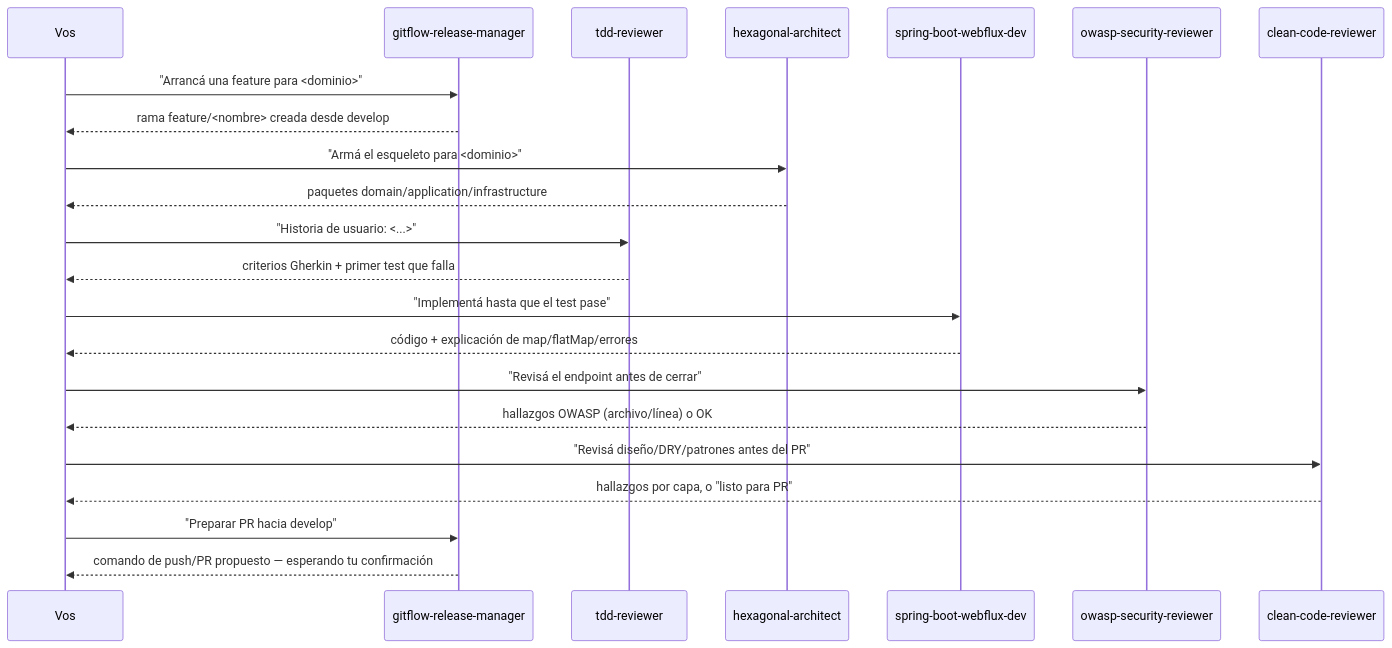
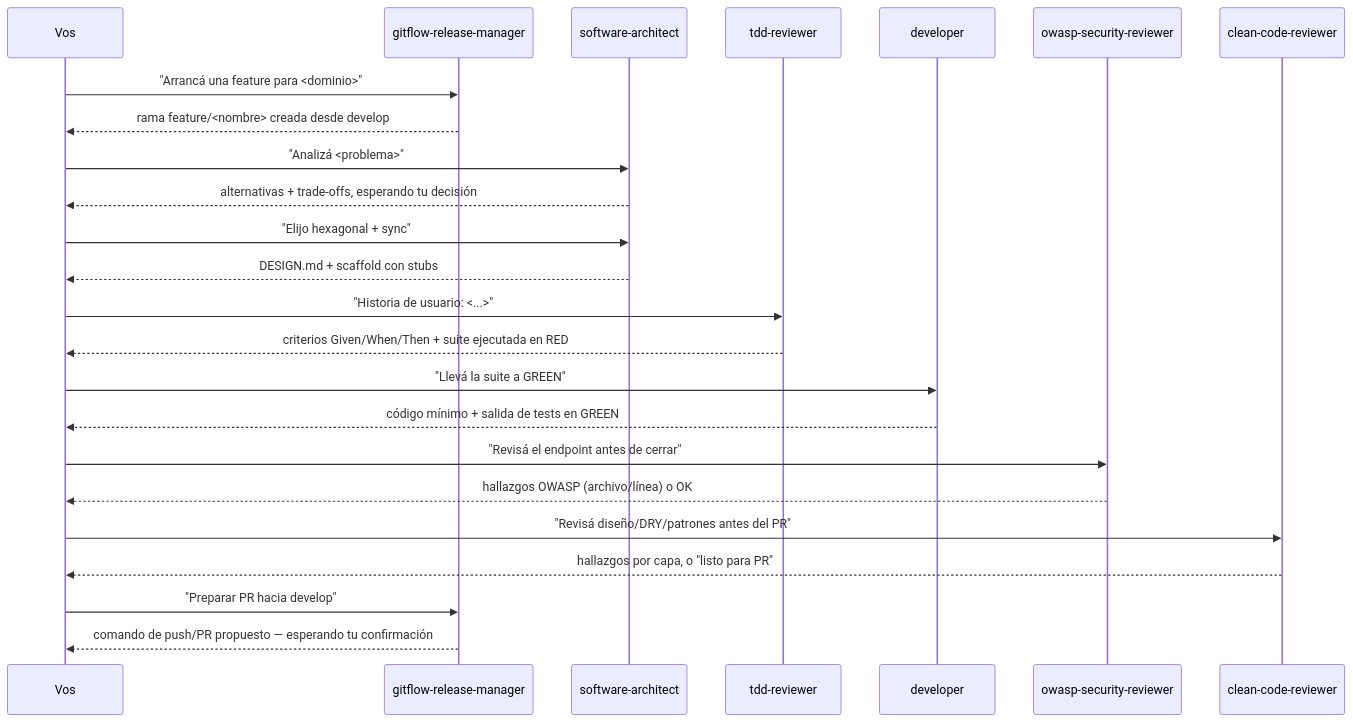
Before and after one commit to edzamo/software-engineering: the diagram in ia-agentes/README.md, drawn with Mermaid. The commit also changed other lines of this file and 114 other files, not shown here.

First line of the commit message:
feat: add Python and TypeScript stack skills, enhance detect_stack tests, and implement TDD gate validation

````diff
--- a/ia-agentes/README.md
+++ b/ia-agentes/README.md
@@ -56,24 +77,26 @@
 ```mermaid
 sequenceDiagram
     participant Vos
     participant gitflow-release-manager
+    participant software-architect
     participant tdd-reviewer
-    participant hexagonal-architect
-    participant spring-boot-webflux-dev
+    participant developer
     participant owasp-security-reviewer
 
     Vos->>gitflow-release-manager: "Arrancá una feature para <dominio>"
     gitflow-release-manager-->>Vos: rama feature/<nombre> creada desde develop
-    Vos->>hexagonal-architect: "Armá el esqueleto para <dominio>"
-    hexagonal-architect-->>Vos: paquetes domain/application/infrastructure
+    Vos->>software-architect: "Analizá <problema>"
+    software-architect-->>Vos: alternativas + trade-offs, esperando tu decisión
+    Vos->>software-architect: "Elijo hexagonal + sync"
+    software-architect-->>Vos: DESIGN.md + scaffold con stubs
     Vos->>tdd-reviewer: "Historia de usuario: <...>"
-    tdd-reviewer-->>Vos: criterios Gherkin + primer test que falla
-    Vos->>spring-boot-webflux-dev: "Implementá hasta que el test pase"
-    spring-boot-webflux-dev-->>Vos: código + explicación de map/flatMap/errores
+    tdd-reviewer-->>Vos: criterios Given/When/Then + suite ejecutada en RED
+    Vos->>developer: "Llevá la suite a GREEN"
+    developer-->>Vos: código mínimo + salida de tests en GREEN
     Vos->>owasp-security-reviewer: "Revisá el endpoint antes de cerrar"
     owasp-security-reviewer-->>Vos: hallazgos OWASP (archivo/línea) o OK
     Vos->>clean-code-reviewer: "Revisá diseño/DRY/patrones antes del PR"
     clean-code-reviewer-->>Vos: hallazgos por capa, o "listo para PR"
     Vos->>gitflow-release-manager: "Preparar PR hacia develop"
     gitflow-release-manager-->>Vos: comando de push/PR propuesto — esperando tu confirmación
 ```
````
